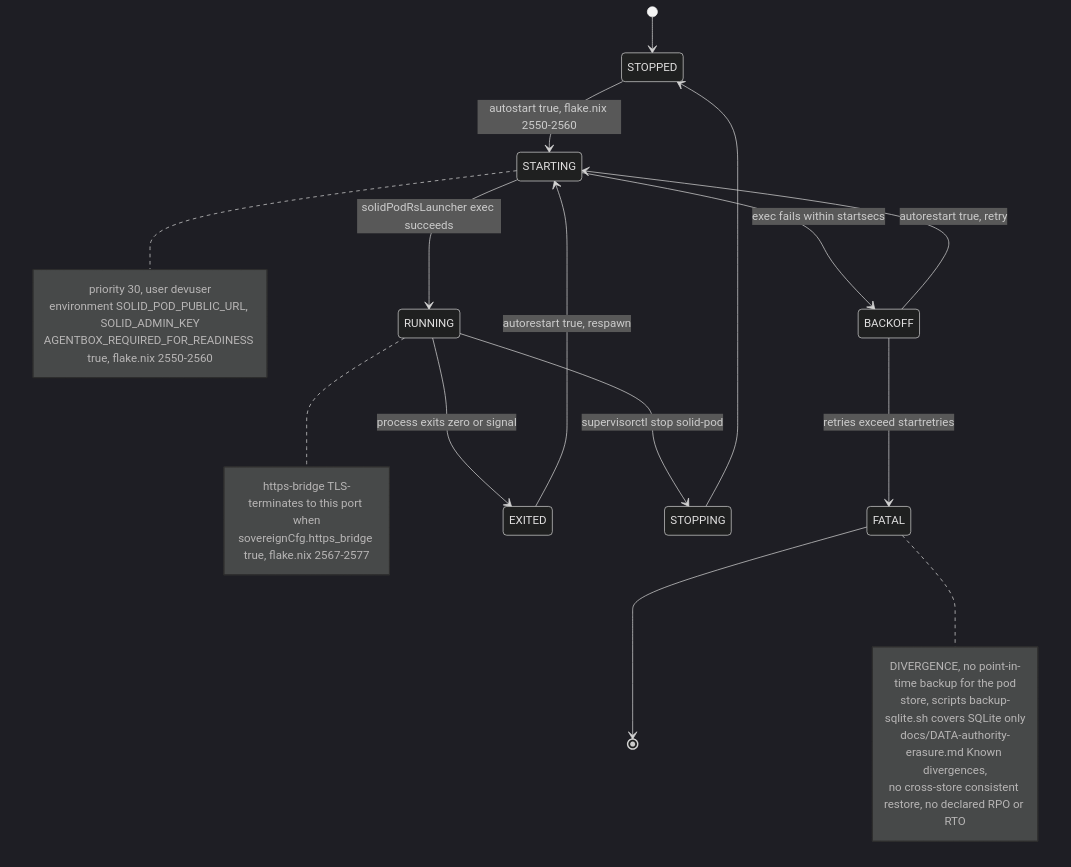
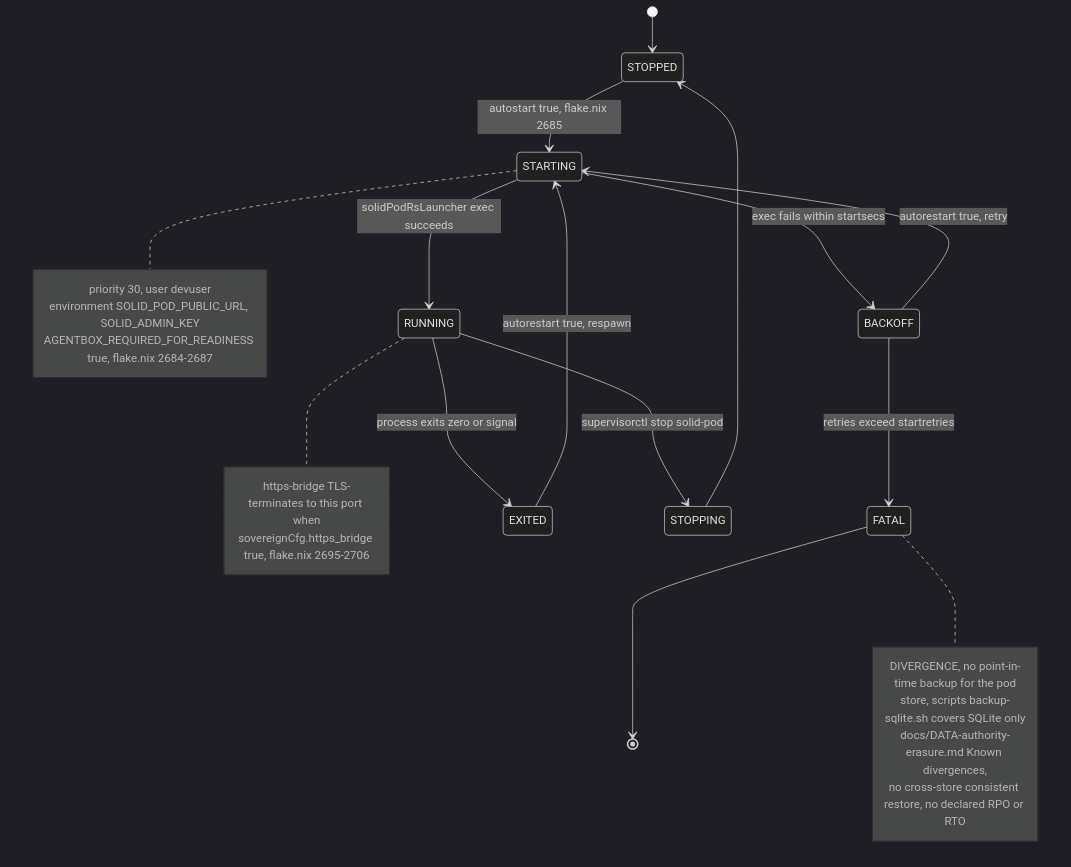
One commit to DreamLab-AI/VisionFlow changed the eighth of 13 diagrams in docs/diagrams/estate/08-solid-pod-estate.md. Above: the diagram before and after it, drawn with Mermaid (dark theme). The commit also changed other lines of this file and 145 other files, not shown here.

````diff
--- a/docs/diagrams/estate/08-solid-pod-estate.md
+++ b/docs/diagrams/estate/08-solid-pod-estate.md
@@ -391,18 +393,18 @@
 ```mermaid
 stateDiagram-v2
     [*] --> STOPPED
-    STOPPED --> STARTING : autostart true, flake.nix 2550-2560
+    STOPPED --> STARTING : autostart true, flake.nix 2685
     STARTING --> RUNNING : solidPodRsLauncher exec succeeds
     STARTING --> BACKOFF : exec fails within startsecs
     BACKOFF --> STARTING : autorestart true, retry
     BACKOFF --> FATAL : retries exceed startretries
     RUNNING --> EXITED : process exits zero or signal
     RUNNING --> STOPPING : supervisorctl stop solid-pod
     EXITED --> STARTING : autorestart true, respawn
     STOPPING --> STOPPED
     FATAL --> [*]
 
-    note right of STARTING : priority 30, user devuser<br/>environment SOLID_POD_PUBLIC_URL, SOLID_ADMIN_KEY<br/>AGENTBOX_REQUIRED_FOR_READINESS true, flake.nix 2550-2560
-    note right of RUNNING : https-bridge TLS-terminates to this port when<br/>sovereignCfg.https_bridge true, flake.nix 2567-2577
+    note right of STARTING : priority 30, user devuser<br/>environment SOLID_POD_PUBLIC_URL, SOLID_ADMIN_KEY<br/>AGENTBOX_REQUIRED_FOR_READINESS true, flake.nix 2684-2687
+    note right of RUNNING : https-bridge TLS-terminates to this port when<br/>sovereignCfg.https_bridge true, flake.nix 2695-2706
     note right of FATAL : DIVERGENCE, no point-in-time backup for the pod<br/>store, scripts backup-sqlite.sh covers SQLite only<br/>docs/DATA-authority-erasure.md Known divergences,<br/>no cross-store consistent restore, no declared RPO or RTO
 ```
````
